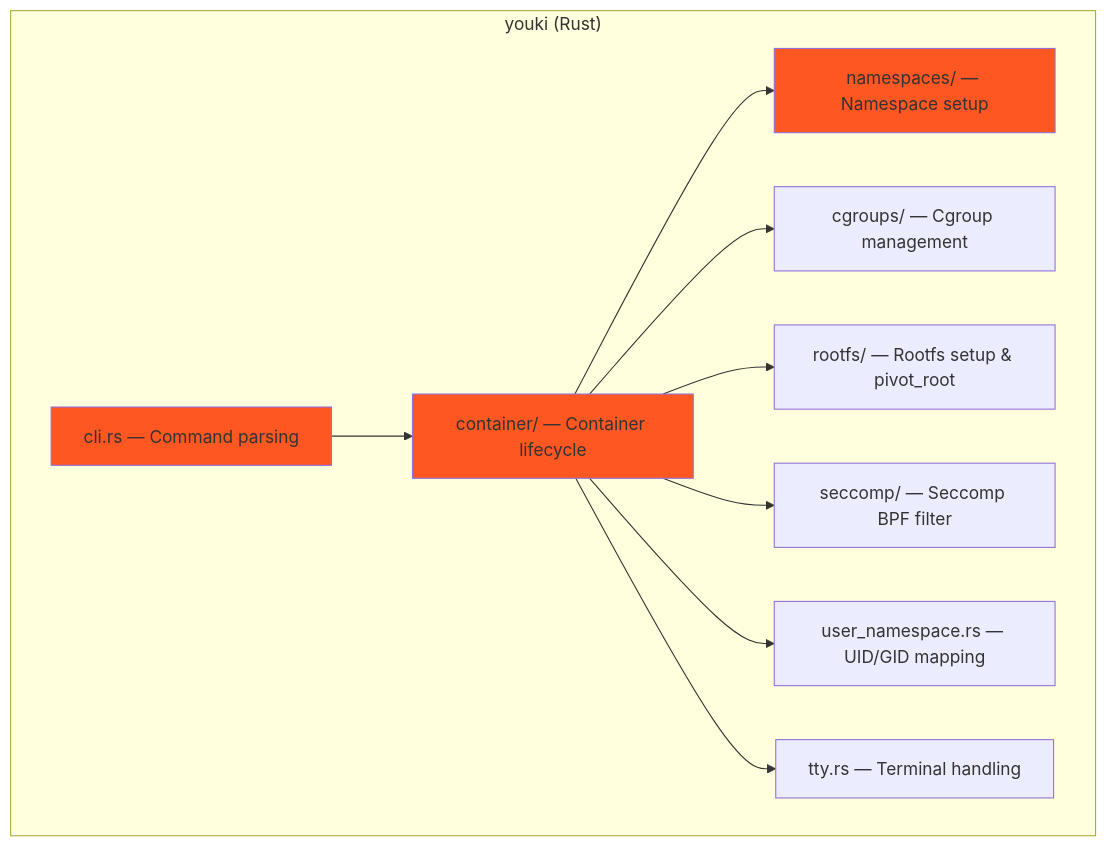
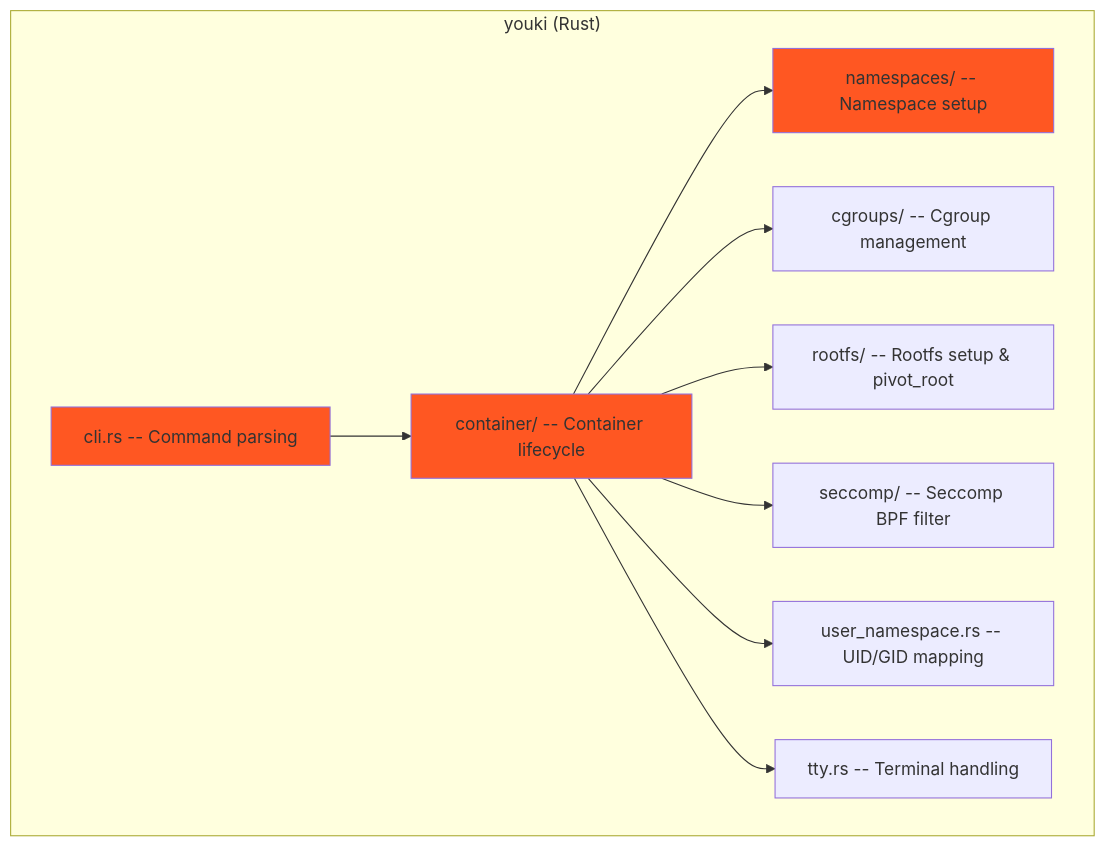
Before and after one commit to Abhinav-Kumar012/lb2: the fifth of 8 diagrams in src/containers/runtime-internals.md, drawn with Mermaid. The commit also changed other lines of this file and 211 other files, not shown here.

First line of the commit message:
fix: mermaid syntax issues across 212 files

````diff
--- a/src/containers/runtime-internals.md
+++ b/src/containers/runtime-internals.md
@@ -422,25 +422,25 @@
 ```mermaid
 graph TB
     subgraph "youki (Rust)"
-        CLI[cli.rs — Command parsing]
-        CONTAINER_MGR[container/ — Container lifecycle]
-        NAMESPACES[namespaces/ — Namespace setup]
-        CGROUPS[cgroups/ — Cgroup management]
-        ROOTFS["rootfs/ — Rootfs setup & pivot_root"]
-        SECCOMP_Y[seccomp/ — Seccomp BPF filter]
-        USERNS[user_namespace.rs — UID/GID mapping]
-        TTY[tty.rs — Terminal handling]
+        CLI[cli.rs -- Command parsing]
+        CONTAINER_MGR[container/ -- Container lifecycle]
+        NAMESPACES[namespaces/ -- Namespace setup]
+        CGROUPS[cgroups/ -- Cgroup management]
+        ROOTFS["rootfs/ -- Rootfs setup &amp; pivot_root"]
+        SECCOMP_Y[seccomp/ -- Seccomp BPF filter]
+        USERNS[user_namespace.rs -- UID/GID mapping]
+        TTY[tty.rs -- Terminal handling]
     end
 
     CLI --> CONTAINER_MGR
     CONTAINER_MGR --> NAMESPACES
     CONTAINER_MGR --> CGROUPS
     CONTAINER_MGR --> ROOTFS
     CONTAINER_MGR --> SECCOMP_Y
     CONTAINER_MGR --> USERNS
     CONTAINER_MGR --> TTY
 
     style CLI fill:#FF5722
     style CONTAINER_MGR fill:#FF5722
     style NAMESPACES fill:#FF5722
 ```
````
